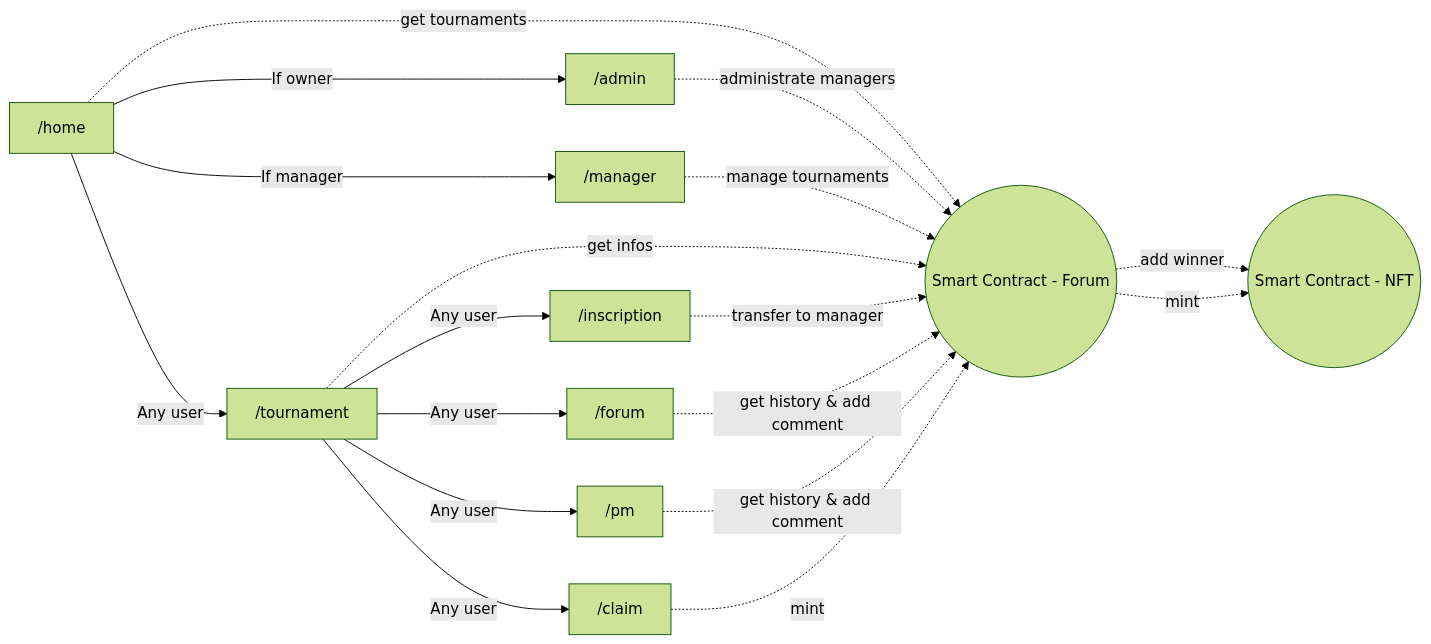
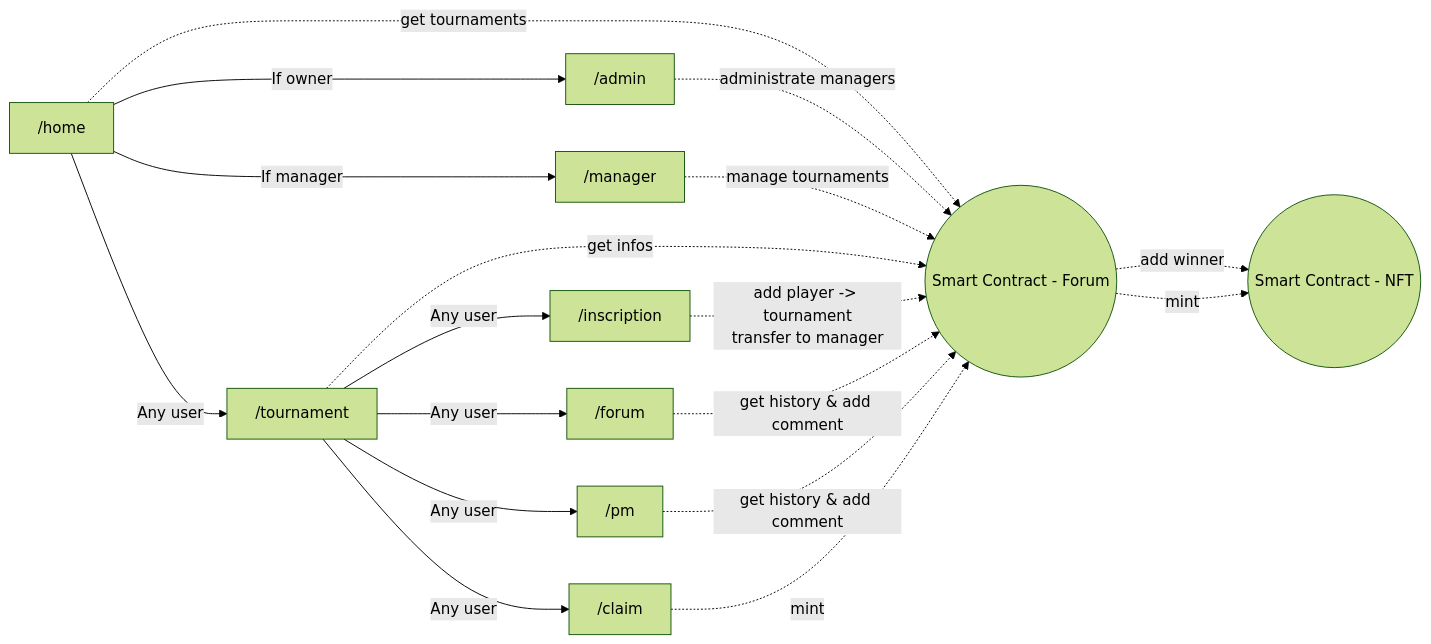
Before and after one commit to mickablondo/PadelConnect: the diagram in README.md, drawn with Mermaid (forest theme).

Commit message:
Update scheme

````diff
--- a/README.md
+++ b/README.md
@@ -27,20 +27,20 @@
 ```mermaid
 flowchart >
     A[ /home] -->|If owner| B[ /admin]
     A -->|If manager| C[ /manager]
     A -->|Any user| D[ /tournament] 
     D -->|Any user| E[ /inscription]
     D -->|Any user| F[ /forum]
     D -->|Any user| G[ /pm]
     D -->|Any user| H[ /claim]
     A -.->|get tournaments| I((Smart Contract - Forum))
     B -.->|administrate managers| I
     C -.->|manage tournaments| I
     D -.->|get infos| I
-    E -.->|transfer to manager| I
+    E -.->|add player -> tournament<br/>transfer to manager| I
     F -.->|get history & add comment| I
     G -.->|get history & add comment| I
     H -.->|mint| I
     I -.->|add winner| J((Smart Contract - NFT))
     I -.->|mint| J
 ```
````
